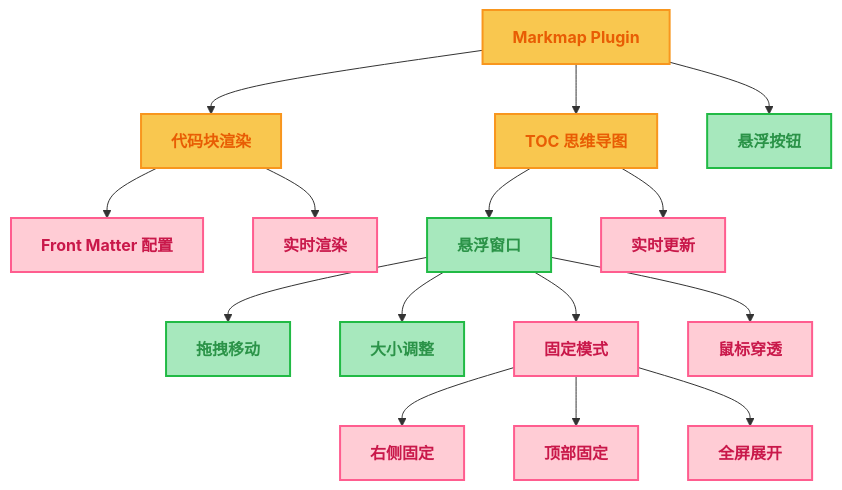
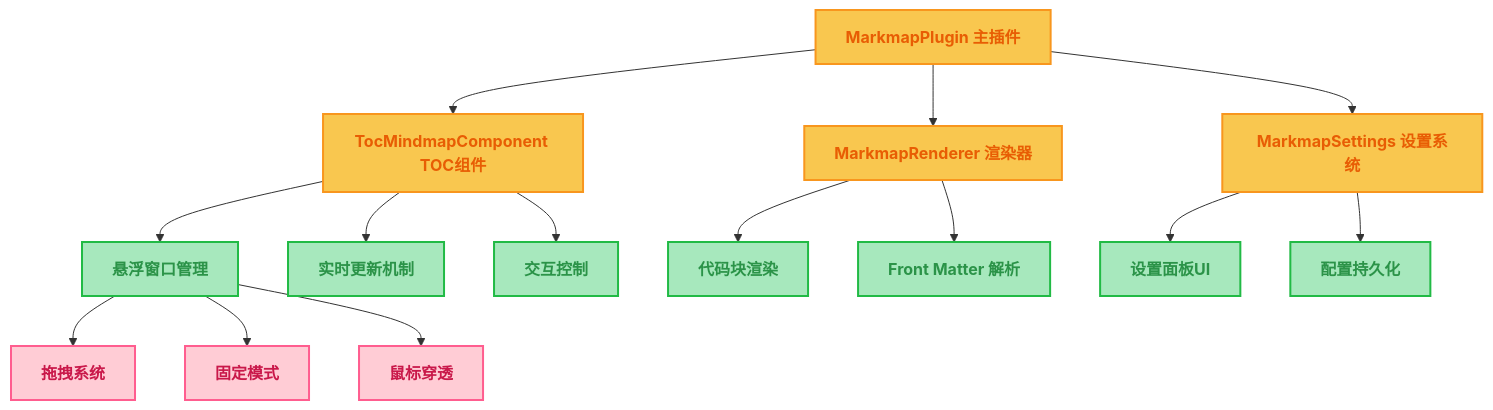
Before and after one commit to util6/typora-plugin-markmap-plus: the diagram in README.md, drawn with Mermaid. The commit also changed other lines of this file and 2 other files, not shown here.

````diff
--- a/README.md
+++ b/README.md
@@ -28,29 +47,28 @@
 ```mermaid
 graph TD
-    A[Markmap Plugin] --> B[代码块渲染]
-    A --> C[TOC 思维导图]
-    A --> D[悬浮按钮]
+    A[MarkmapPlugin 主插件] --> B[TocMindmapComponent TOC组件]
+    A --> C[MarkmapRenderer 渲染器]
+    A --> D[MarkmapSettings 设置系统]
     
-    B --> E[Front Matter 配置]
-    B --> F[实时渲染]
+    B --> E[悬浮窗口管理]
+    B --> F[实时更新机制]
+    B --> G[交互控制]
     
-    C --> G[悬浮窗口]
-    C --> H[实时更新]
+    C --> H[代码块渲染]
+    C --> I[Front Matter 解析]
     
-    G --> I[拖拽移动]
-    G --> J[大小调整]
-    G --> K[固定模式]
-    G --> L[鼠标穿透]
+    D --> J[设置面板UI]
+    D --> K[配置持久化]
     
-    K --> M[右侧固定]
-    K --> N[顶部固定]
-    K --> O[全屏展开]
+    E --> L[拖拽系统]
+    E --> M[固定模式]
+    E --> N[鼠标穿透]
 
     classDef coreClass fill:#f9c74f,stroke:#f8961e,stroke-width:2px,color:#e85d04,font-weight:bold
-    classDef uiClass fill:#a7e8bd,stroke:#21ba45,stroke-width:2px,color:#2b9348,font-weight:bold
-    classDef funcClass fill:#ffccd5,stroke:#ff5d8f,stroke-width:2px,color:#c9184a,font-weight:bold
+    classDef componentClass fill:#a7e8bd,stroke:#21ba45,stroke-width:2px,color:#2b9348,font-weight:bold
+    classDef featureClass fill:#ffccd5,stroke:#ff5d8f,stroke-width:2px,color:#c9184a,font-weight:bold
     
-    class A,B,C coreClass
-    class D,G,I,J uiClass
-    class E,F,H,K,L,M,N,O funcClass
+    class A,B,C,D coreClass
+    class E,F,G,H,I,J,K componentClass
+    class L,M,N featureClass
 ```
````
